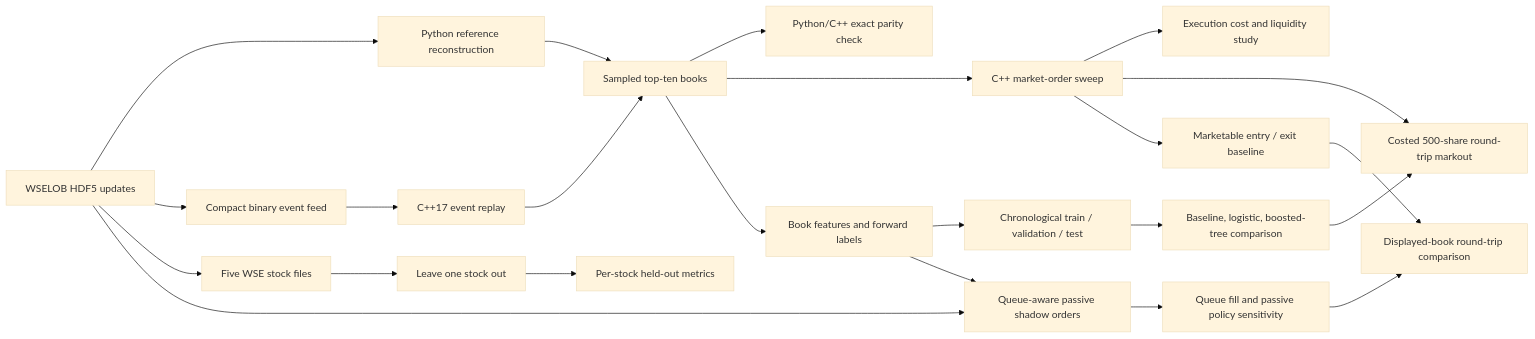
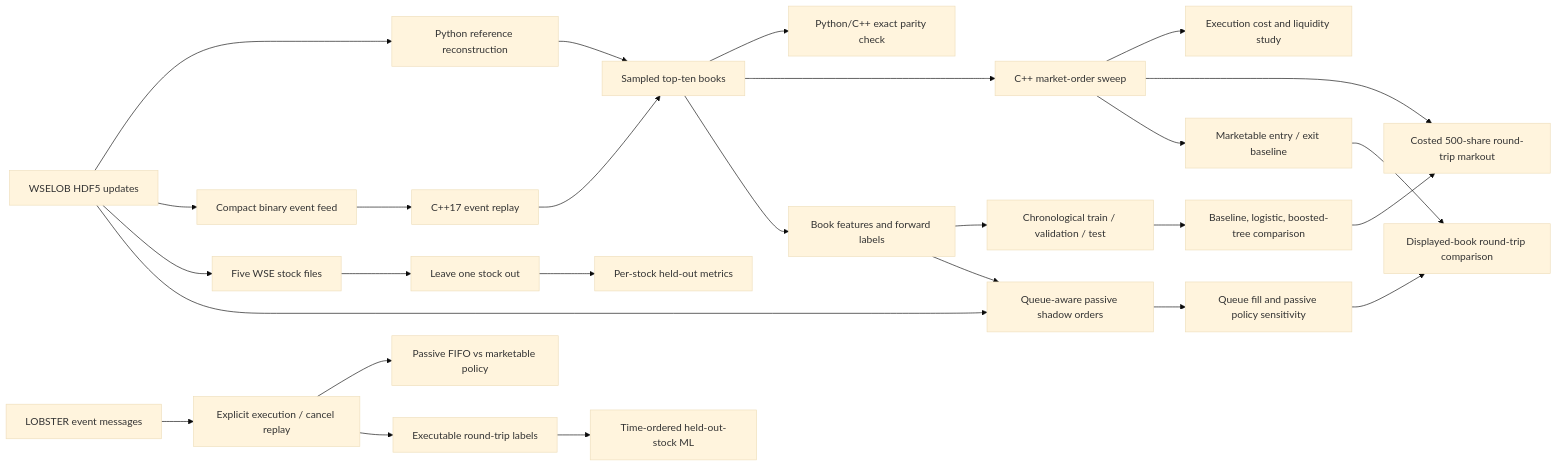
Before and after one commit to ArnabIITP/mosaic-orderbook: the diagram in README.md, drawn with Mermaid (base theme). The commit also changed other lines of this file and 15 other files, not shown here.

````diff
--- a/README.md
+++ b/README.md
@@ -62,25 +65,29 @@
 ```mermaid
 flowchart LR
     A[WSELOB HDF5 updates] --> B[Python reference reconstruction]
     A --> C[Compact binary event feed]
     C --> D[C++17 event replay]
     B --> E[Sampled top-ten books]
     D --> E
     E --> F[Python/C++ exact parity check]
     E --> G[C++ market-order sweep]
     G --> H[Execution cost and liquidity study]
     E --> I[Book features and forward labels]
     I --> J[Chronological train / validation / test]
     J --> K[Baseline, logistic, boosted-tree comparison]
     A --> M[Five WSE stock files]
     M --> N[Leave one stock out]
     N --> O[Per-stock held-out metrics]
     G --> L[Costed 500-share round-trip markout]
     K --> L
     I --> P[Queue-aware passive shadow orders]
     A --> P
     P --> Q[Queue fill and passive policy sensitivity]
     G --> R[Marketable entry / exit baseline]
     Q --> S[Displayed-book round-trip comparison]
     R --> S
+    T[LOBSTER event messages] --> U[Explicit execution / cancel replay]
+    U --> V[Passive FIFO vs marketable policy]
+    U --> W[Executable round-trip labels]
+    W --> X[Time-ordered held-out-stock ML]
 ```
````
